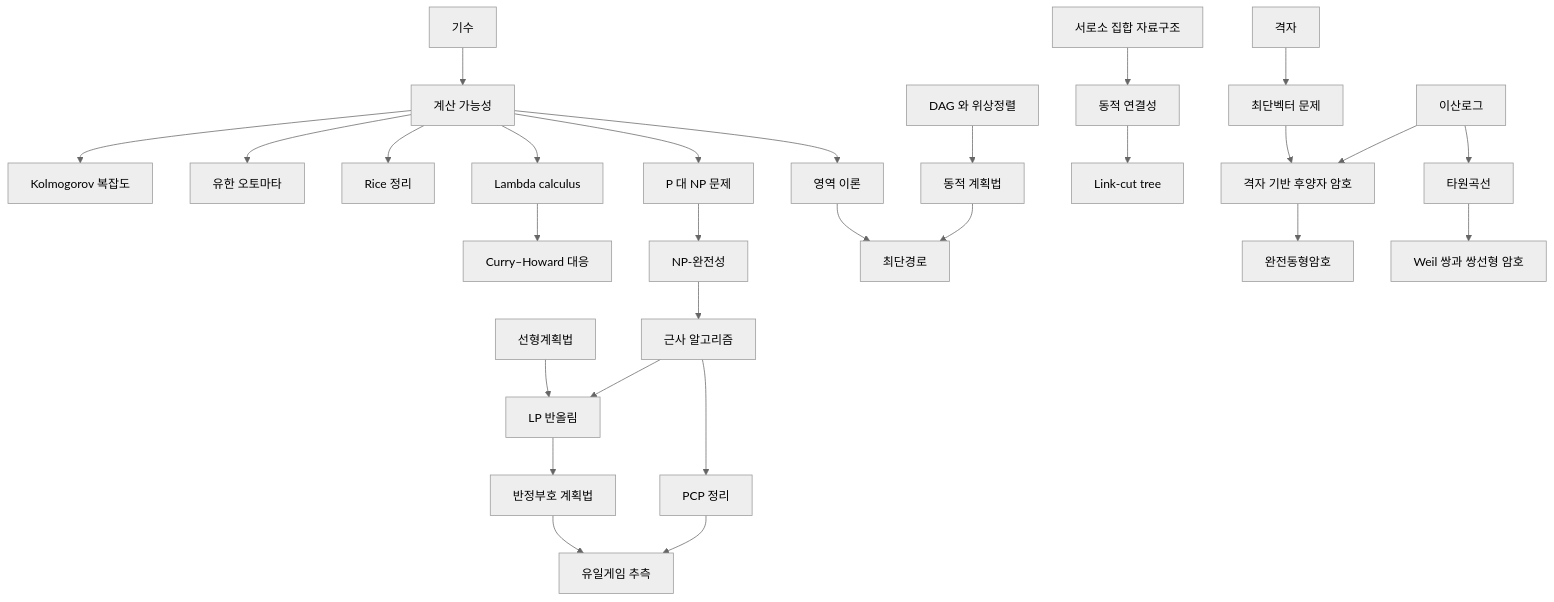
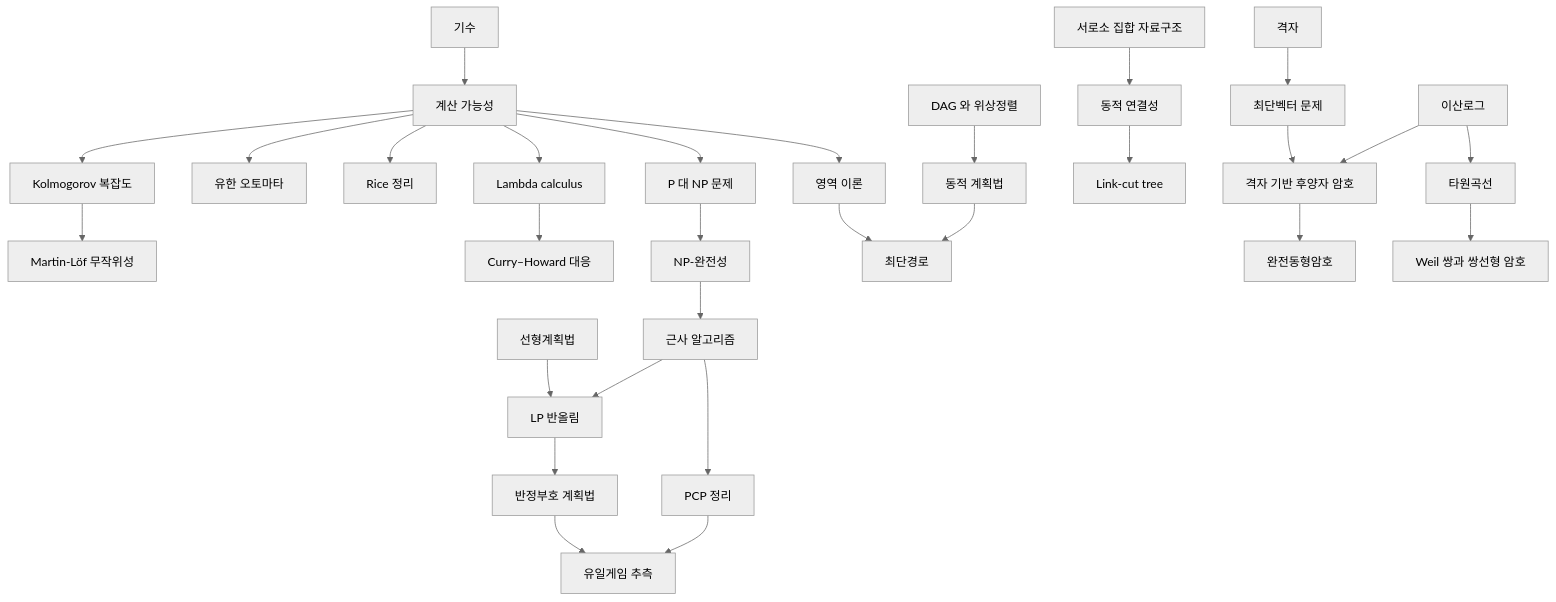
One commit to Phryxia/math-map changed the diagram in docs/computation-overview.md. Above: the diagram before and after it, drawn with Mermaid (neutral theme). The commit also changed other lines of this file and 4 other files, not shown here.

````diff
--- a/docs/computation-overview.md
+++ b/docs/computation-overview.md
@@ -13,30 +13,31 @@
 ```mermaid
 graph TD
   CA["기수"] --> CB["계산 가능성"]
   CB --> KC["Kolmogorov 복잡도"]
+  KC --> MLR["Martin-Löf 무작위성"]
   CB --> FA["유한 오토마타"]
   CB --> RT["Rice 정리"]
   CB --> LC["Lambda calculus"]
   CB --> DT["영역 이론"]
   LC --> CH["Curry–Howard 대응"]
   CB --> PN["P 대 NP 문제"]
   PN --> NPC["NP-완전성"]
   NPC --> AA["근사 알고리즘"]
   AA --> LPR["LP 반올림"]
   AA --> PCP["PCP 정리"]
   PCP --> UG["유일게임 추측"]
   LP["선형계획법"] --> LPR
   LPR --> SDP["반정부호 계획법"]
   SDP --> UG
   DAG["DAG 와 위상정렬"] --> DP["동적 계획법"]
   DP --> SP["최단경로"]
   DT --> SP
   UF["서로소 집합 자료구조"] --> DC["동적 연결성"]
   DC --> LCT["Link-cut tree"]
   DL["이산로그"] --> PQ["격자 기반 후양자 암호"]
   LA["격자"] --> SVP["최단벡터 문제"]
   SVP --> PQ
   PQ --> HE["완전동형암호"]
   DL --> EC["타원곡선"]
   EC --> PBC["Weil 쌍과 쌍선형 암호"]
 ```
````
